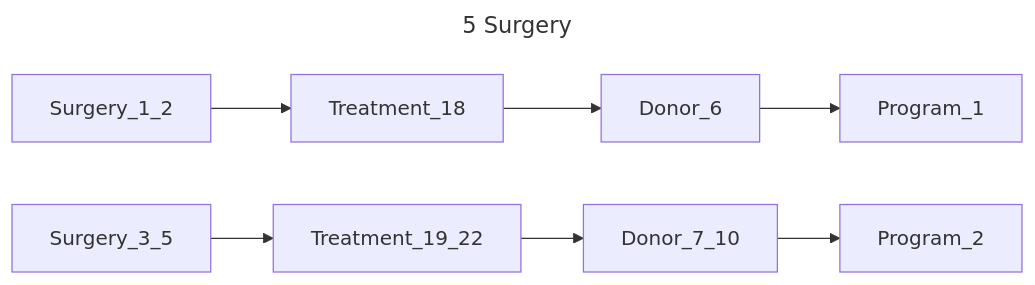
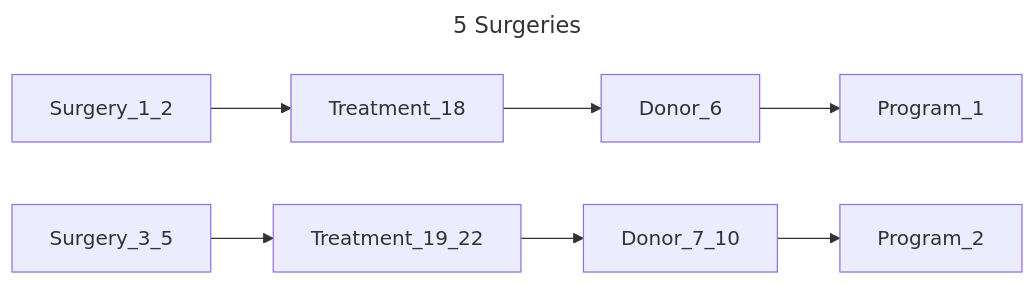
One commit to bento-platform/katsu changed the tenth of 13 diagrams in chord_metadata_service/mohpackets/data/small_dataset/README.md. Above: the diagram before and after it, drawn with Mermaid. The commit also changed other lines of this file, not shown here.

````diff
--- a/chord_metadata_service/mohpackets/data/small_dataset/README.md
+++ b/chord_metadata_service/mohpackets/data/small_dataset/README.md
@@ -223,8 +136,8 @@
 ```mermaid
 ---
-title: 5 Surgery
+title: 5 Surgeries
 ---
 graph LR;  
   Surgery_1_2 --> Treatment_18 --> Donor_6 --> Program_1;  
   Surgery_3_5 --> Treatment_19_22 --> Donor_7_10 --> Program_2;
 ```
````
